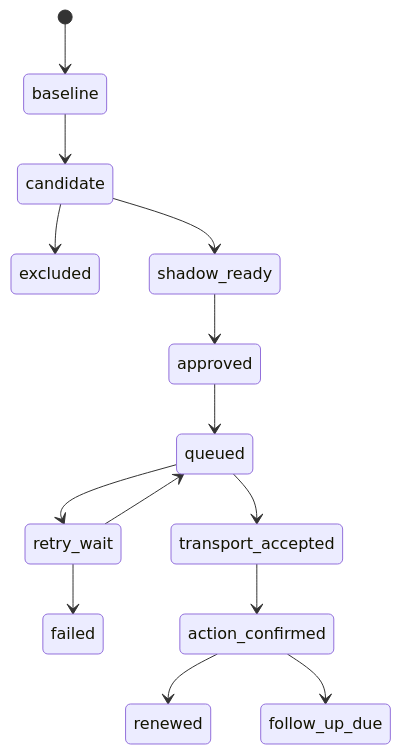
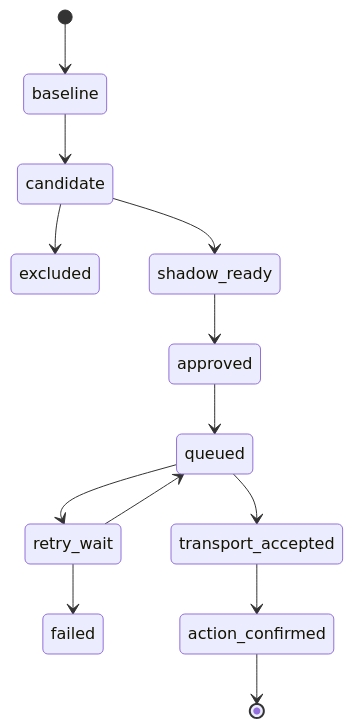
One commit to KwonRoSportschule/matool-automatisierung changed the second of 2 diagrams in docs/architecture.md. Above: the diagram before and after it, drawn with Mermaid. The commit also changed other lines of this file and 43 other files, not shown here.

Commit message:
Update pilot scope and confirm dashboard architecture

````diff
--- a/docs/architecture.md
+++ b/docs/architecture.md
@@ -200,16 +209,15 @@
 ```mermaid
 stateDiagram-v2
     [*] --> baseline
     baseline --> candidate
     candidate --> excluded
     candidate --> shadow_ready
     shadow_ready --> approved
     approved --> queued
     queued --> transport_accepted
     queued --> retry_wait
     retry_wait --> queued
     retry_wait --> failed
     transport_accepted --> action_confirmed
-    action_confirmed --> renewed
-    action_confirmed --> follow_up_due
+    action_confirmed --> [*]
 ```
````
